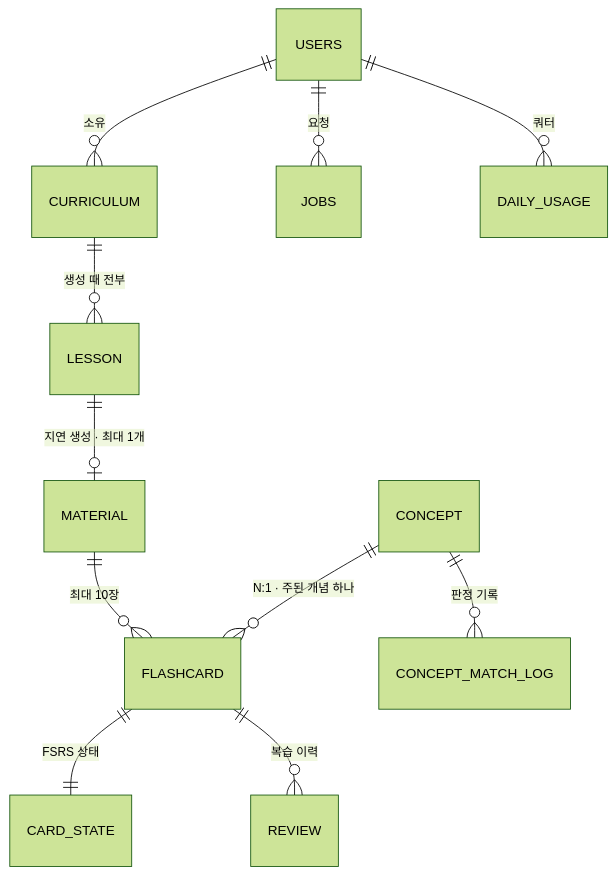
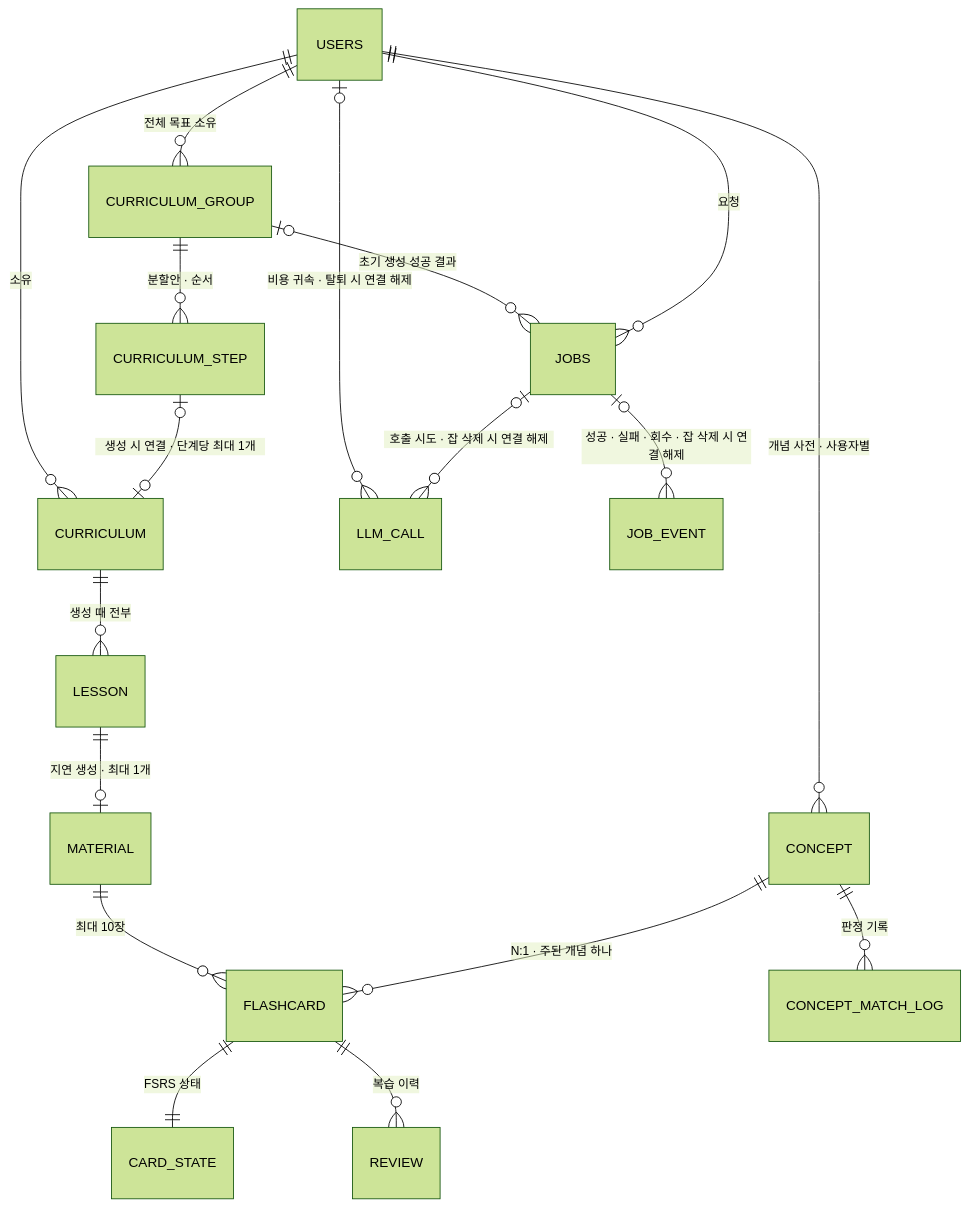
The first of 4 diagrams in docs/02-domain-data.md (f-lab-edu/Mogum), drawn with Mermaid (forest theme) before and after one commit. The commit also changed other lines of this file and 36 other files, not shown here.

````diff
--- a/docs/02-domain-data.md
+++ b/docs/02-domain-data.md
@@ -10,13 +10,20 @@
 ```mermaid
 erDiagram
     USERS           ||--o{ CURRICULUM        : "소유"
+    USERS           ||--o{ CURRICULUM_GROUP  : "전체 목표 소유"
+    CURRICULUM_GROUP ||--o{ CURRICULUM_STEP   : "분할안 · 순서"
+    CURRICULUM_STEP  |o--o| CURRICULUM        : "생성 시 연결 · 단계당 최대 1개"
+    CURRICULUM_GROUP |o--o{ JOBS              : "초기 생성 성공 결과"
     USERS           ||--o{ JOBS              : "요청"
-    USERS           ||--o{ DAILY_USAGE       : "쿼터"
+    USERS           ||--o{ CONCEPT           : "개념 사전 · 사용자별"
+    USERS           |o--o{ LLM_CALL          : "비용 귀속 · 탈퇴 시 연결 해제"
+    JOBS            |o--o{ LLM_CALL          : "호출 시도 · 잡 삭제 시 연결 해제"
+    JOBS            |o--o{ JOB_EVENT         : "성공 · 실패 · 회수 · 잡 삭제 시 연결 해제"
     CURRICULUM      ||--o{ LESSON            : "생성 때 전부"
     LESSON          ||--o| MATERIAL          : "지연 생성 · 최대 1개"
     MATERIAL        ||--o{ FLASHCARD         : "최대 10장"
     FLASHCARD       ||--|| CARD_STATE        : "FSRS 상태"
     FLASHCARD       ||--o{ REVIEW            : "복습 이력"
     CONCEPT         ||--o{ FLASHCARD         : "N:1 · 주된 개념 하나"
     CONCEPT         ||--o{ CONCEPT_MATCH_LOG : "판정 기록"
 ```
````
